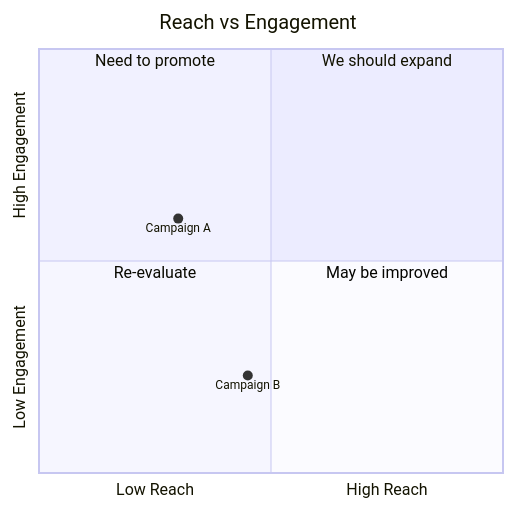
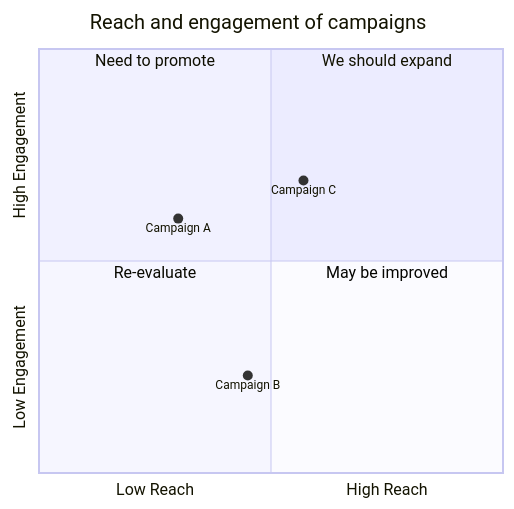
One commit to tangledgroup/tangled-skills changed diagram 14 of 25 in .agents/skills/mermaid-11-14-0/references/06-other-diagrams.md. Above: the diagram before and after it, drawn with Mermaid. The commit also changed other lines of this file and 15 other files, not shown here.

First line of the commit message:
chore: regenerate mermaid skill and create rsync 3.4.1 skill with full documentation

````diff
--- a/.agents/skills/mermaid-11-14-0/references/06-other-diagrams.md
+++ b/.agents/skills/mermaid-11-14-0/references/06-other-diagrams.md
@@ -149,12 +238,13 @@
 ```mermaid
 quadrantChart
-    title Reach vs Engagement
+    title Reach and engagement of campaigns
     x-axis Low Reach --> High Reach
     y-axis Low Engagement --> High Engagement
     quadrant-1 We should expand
     quadrant-2 Need to promote
     quadrant-3 Re-evaluate
     quadrant-4 May be improved
     Campaign A: [0.3, 0.6]
     Campaign B: [0.45, 0.23]
+    Campaign C: [0.57, 0.69]
 ```
````
